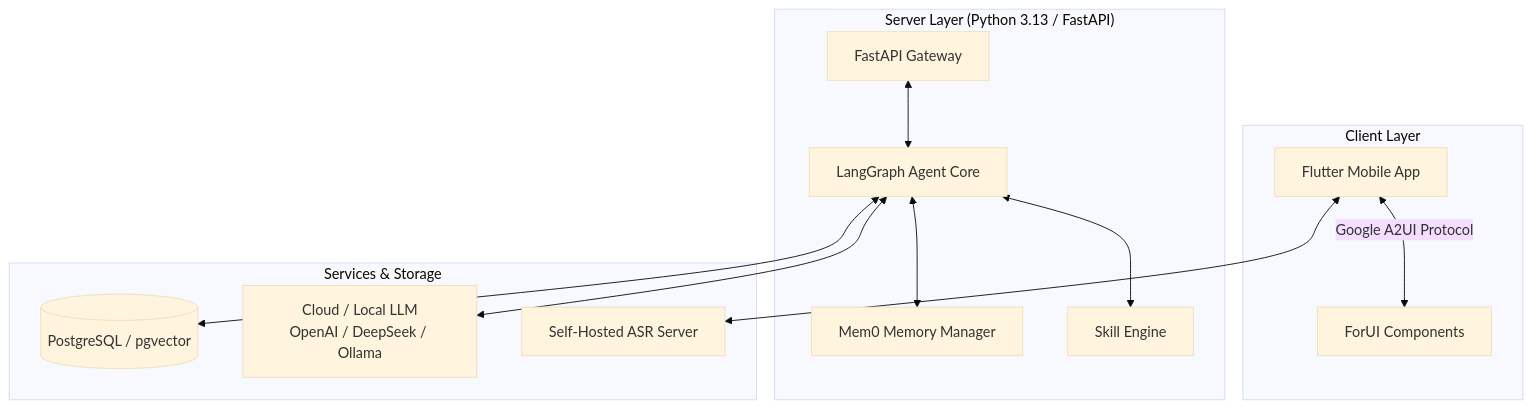
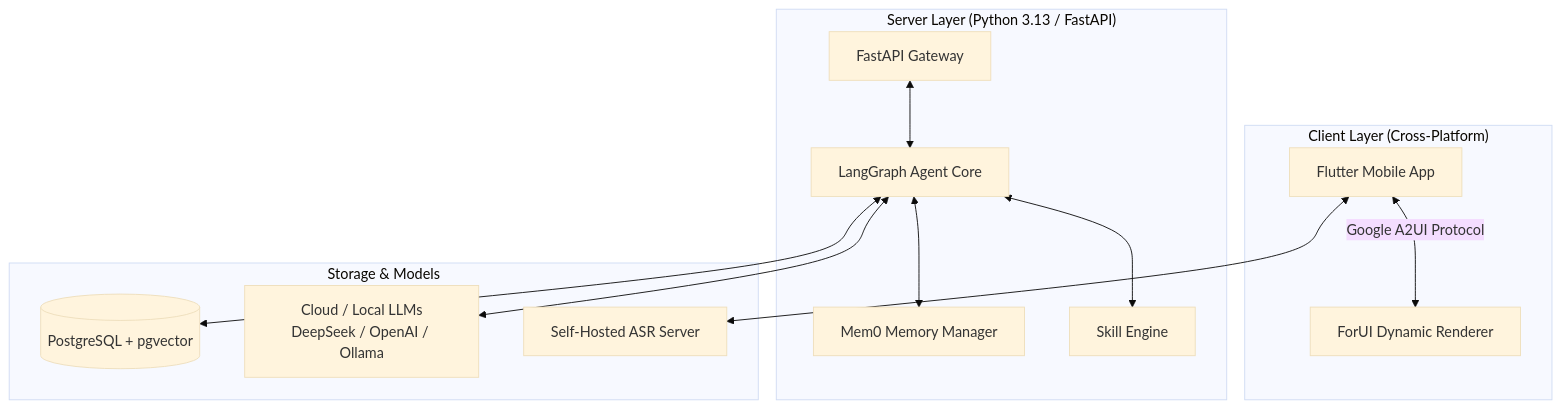
Before and after one commit to kylesean/finvo: the diagram in README.md, drawn with Mermaid (base theme). The commit also changed other lines of this file and 1 other file, not shown here.

````diff
--- a/README.md
+++ b/README.md
@@ -58,18 +65,18 @@
 ```mermaid
 flowchart TD
-    subgraph Client ["Client Layer"]
-        A[Flutter Mobile App] <-->|Google A2UI Protocol| B[ForUI Components]
+    subgraph Client ["Client Layer (Cross-Platform)"]
+        A[Flutter Mobile App] <-->|Google A2UI Protocol| B[ForUI Dynamic Renderer]
     end
 
     subgraph Backend ["Server Layer (Python 3.13 / FastAPI)"]
         C[FastAPI Gateway] <--> D[LangGraph Agent Core]
         D <--> E[Mem0 Memory Manager]
         D <--> F[Skill Engine]
     end
 
-    subgraph External ["Services & Storage"]
-        D <--> G[(PostgreSQL / pgvector)]
-        D <--> H[Cloud / Local LLM\nOpenAI / DeepSeek / Ollama]
+    subgraph Storage ["Storage & Models"]
+        D <--> G[(PostgreSQL + pgvector)]
+        D <--> H[Cloud / Local LLMs\nDeepSeek / OpenAI / Ollama]
         A <--> I[Self-Hosted ASR Server]
     end
 ```
````
